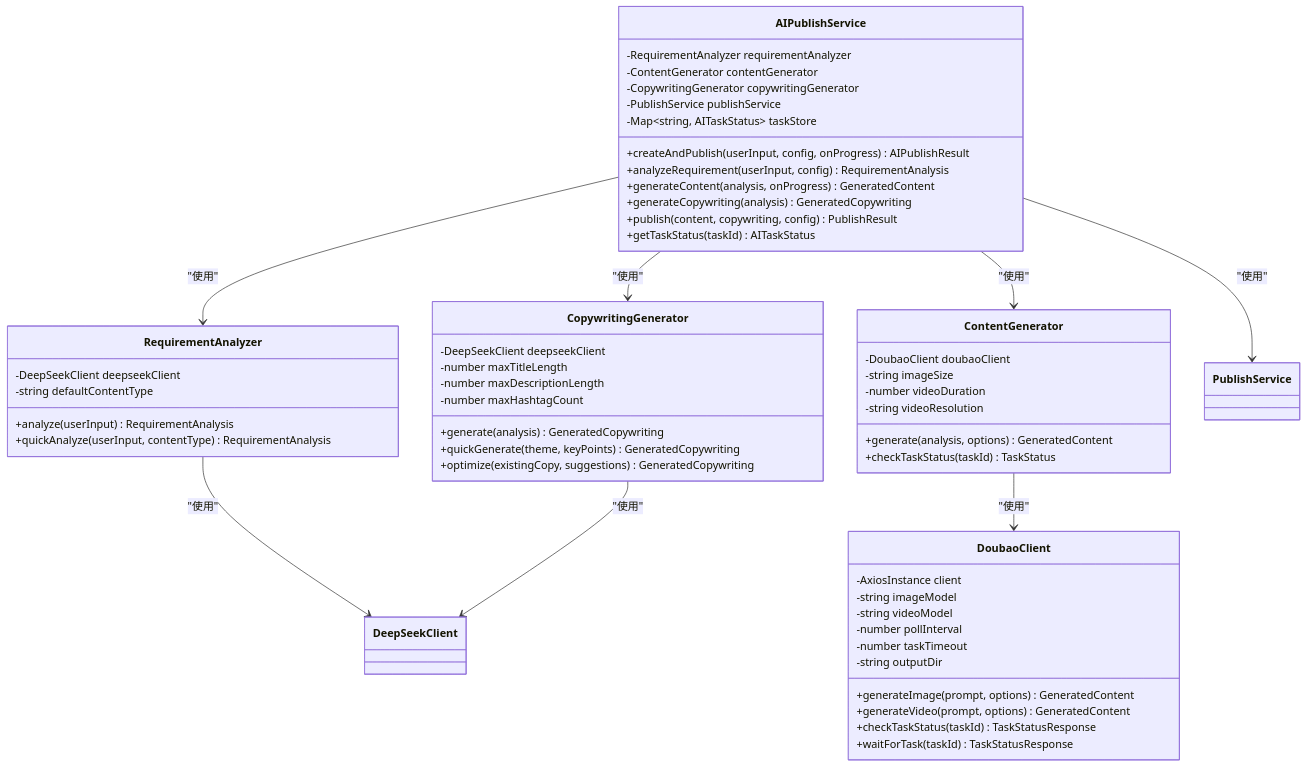
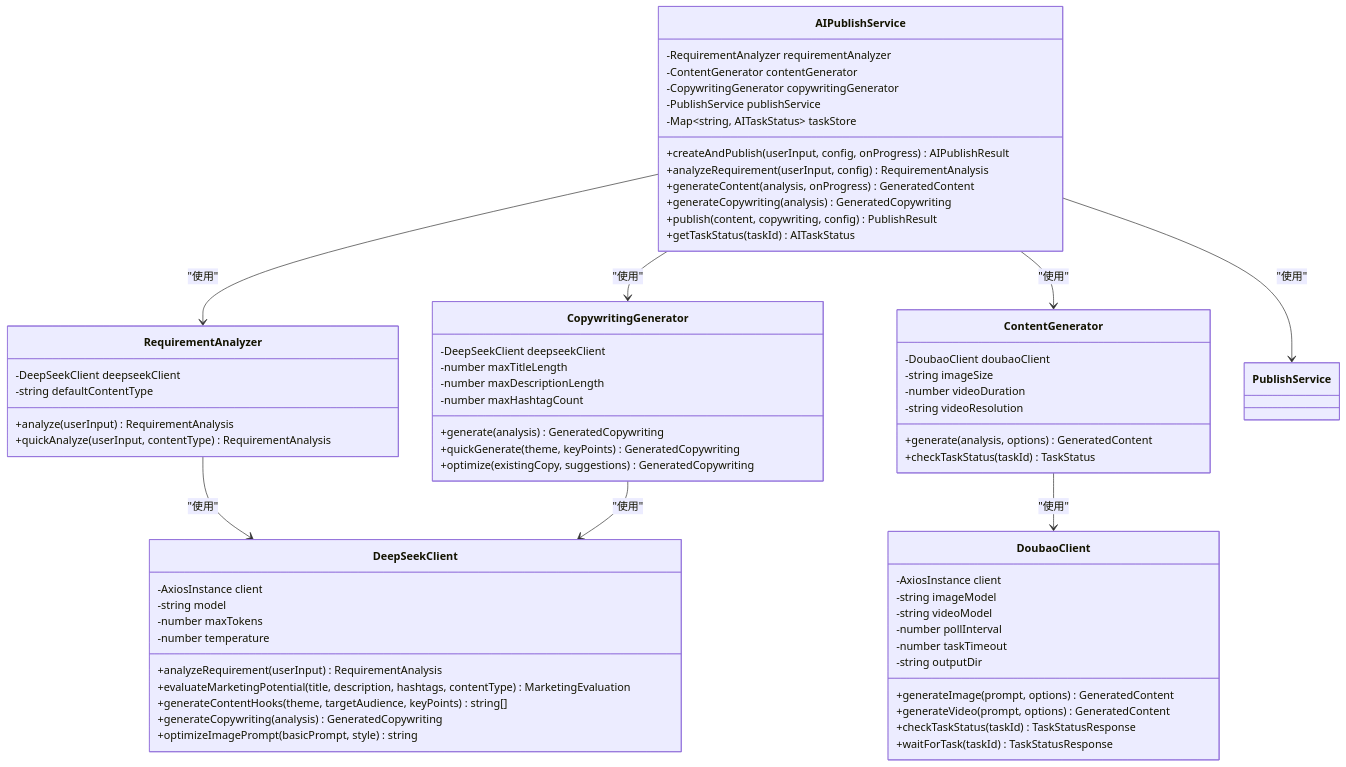
One commit to songdiyang/clawOperations changed the third of 16 diagrams in .qoder/repowiki/zh/content/核心模块详解/AI内容生成系统/AI内容生成系统.md. Above: the diagram before and after it, drawn with Mermaid. The commit also changed other lines of this file and 10 other files, not shown here.

````diff
--- a/.qoder/repowiki/zh/content/核心模块详解/AI内容生成系统/AI内容生成系统.md
+++ b/.qoder/repowiki/zh/content/核心模块详解/AI内容生成系统/AI内容生成系统.md
@@ -210,58 +238,69 @@
 ```mermaid
 classDiagram
 class RequirementAnalyzer {
 -DeepSeekClient deepseekClient
 -string defaultContentType
 +analyze(userInput) RequirementAnalysis
 +quickAnalyze(userInput, contentType) RequirementAnalysis
 }
 class ContentGenerator {
 -DoubaoClient doubaoClient
 -string imageSize
 -number videoDuration
 -string videoResolution
 +generate(analysis, options) GeneratedContent
 +checkTaskStatus(taskId) TaskStatus
 }
 class CopywritingGenerator {
 -DeepSeekClient deepseekClient
 -number maxTitleLength
 -number maxDescriptionLength
 -number maxHashtagCount
 +generate(analysis) GeneratedCopywriting
 +quickGenerate(theme, keyPoints) GeneratedCopywriting
 +optimize(existingCopy, suggestions) GeneratedCopywriting
+}
+class DeepSeekClient {
+-AxiosInstance client
+-string model
+-number maxTokens
+-number temperature
++analyzeRequirement(userInput) RequirementAnalysis
++evaluateMarketingPotential(title, description, hashtags, contentType) MarketingEvaluation
++generateContentHooks(theme, targetAudience, keyPoints) string[]
++generateCopywriting(analysis) GeneratedCopywriting
++optimizeImagePrompt(basicPrompt, style) string
 }
 class DoubaoClient {
 -AxiosInstance client
 -string imageModel
 -string videoModel
 -number pollInterval
 -number taskTimeout
 -string outputDir
 +generateImage(prompt, options) GeneratedContent
 +generateVideo(prompt, options) GeneratedContent
 +checkTaskStatus(taskId) TaskStatusResponse
 +waitForTask(taskId) TaskStatusResponse
 }
 class AIPublishService {
 -RequirementAnalyzer requirementAnalyzer
 -ContentGenerator contentGenerator
 -CopywritingGenerator copywritingGenerator
 -PublishService publishService
 -Map~string, AITaskStatus~ taskStore
 +createAndPublish(userInput, config, onProgress) AIPublishResult
 +analyzeRequirement(userInput, config) RequirementAnalysis
 +generateContent(analysis, onProgress) GeneratedContent
 +generateCopywriting(analysis) GeneratedCopywriting
 +publish(content, copywriting, config) PublishResult
 +getTaskStatus(taskId) AITaskStatus
 }
 RequirementAnalyzer --> DeepSeekClient : "使用"
 ContentGenerator --> DoubaoClient : "使用"
 CopywritingGenerator --> DeepSeekClient : "使用"
 AIPublishService --> RequirementAnalyzer : "使用"
 AIPublishService --> ContentGenerator : "使用"
 AIPublishService --> CopywritingGenerator : "使用"
 AIPublishService --> PublishService : "使用"
 ```
````
